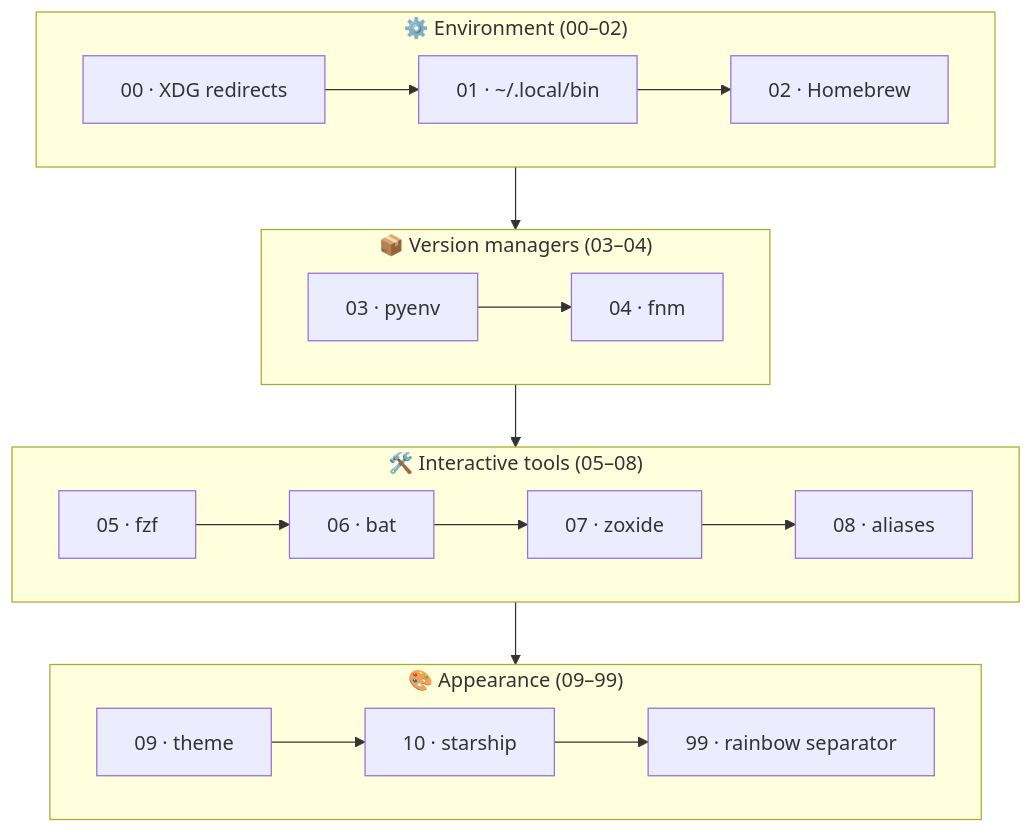
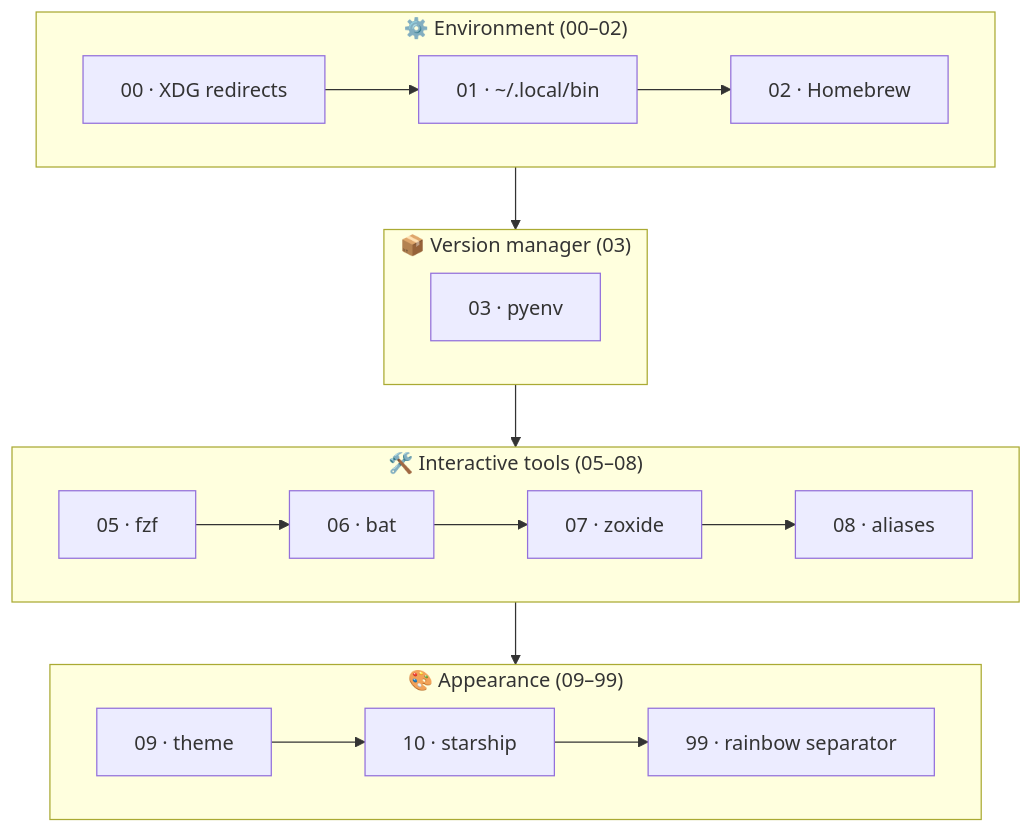
The second of 5 diagrams in README.md (sergio-santiago/.dotfiles), drawn with Mermaid before and after one commit. The commit also changed other lines of this file and 8 other files, not shown here.

````diff
--- a/README.md
+++ b/README.md
@@ -235,16 +231,16 @@
 ```mermaid
 flowchart TD
     subgraph env["⚙️ Environment (00–02)"]
         x["00 · XDG redirects"] --> b["01 · ~/.local/bin"] --> h["02 · Homebrew"]
     end
-    subgraph ver["📦 Version managers (03–04)"]
-        py["03 · pyenv"] --> fnm["04 · fnm"]
+    subgraph ver["📦 Version manager (03)"]
+        py["03 · pyenv"]
     end
     subgraph tools["🛠️ Interactive tools (05–08)"]
         fzf["05 · fzf"] --> batf["06 · bat"] --> zo["07 · zoxide"] --> al["08 · aliases"]
     end
     subgraph look["🎨 Appearance (09–99)"]
         th["09 · theme"] --> sh["10 · starship"] --> rb["99 · rainbow separator"]
     end
     env --> ver --> tools --> look
 ```
````
